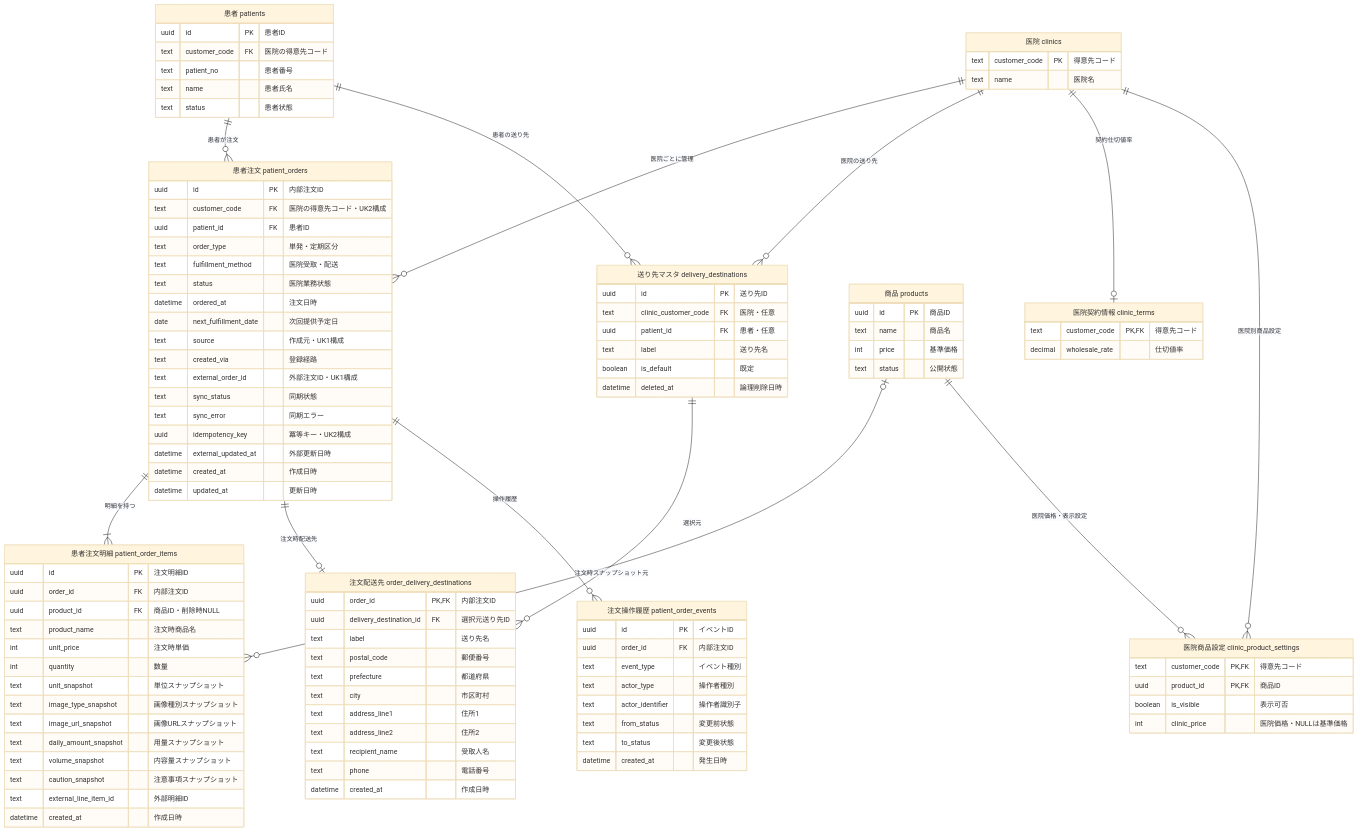
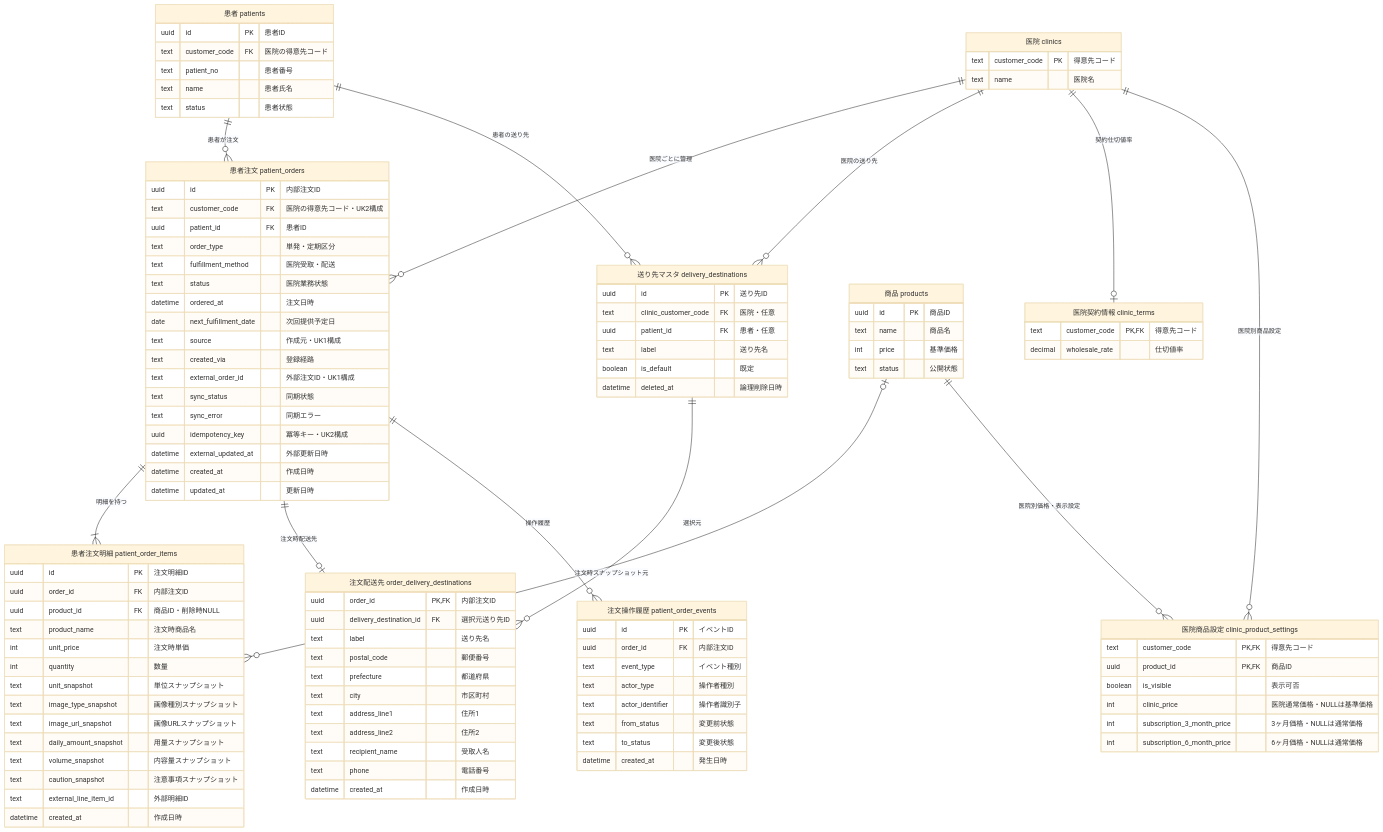
Before and after one commit to masashi-sketch/dental-portal: the third of 4 diagrams in project_clinic_order_management_design.md, drawn with Mermaid (base theme). The commit also changed other lines of this file and 30 other files, not shown here.

Commit message:
feat: add clinic subscription pricing

```diff
--- a/project_clinic_order_management_design.md
+++ b/project_clinic_order_management_design.md
@@ -294,7 +295,7 @@
   PRODUCTS o|--o{ PATIENT_ORDER_ITEMS : "注文時スナップショット元"
   CLINICS ||--o| CLINIC_TERMS : "契約仕切値率"
   CLINICS ||--o{ CLINIC_PRODUCT_SETTINGS : "医院別商品設定"
-  PRODUCTS ||--o{ CLINIC_PRODUCT_SETTINGS : "医院価格・表示設定"
+  PRODUCTS ||--o{ CLINIC_PRODUCT_SETTINGS : "医院別価格・表示設定"
 
   CLINICS["医院 clinics"] {
     text customer_code PK "得意先コード"
@@ -362,7 +363,9 @@
     text customer_code PK,FK "得意先コード"
     uuid product_id PK,FK "商品ID"
     boolean is_visible "表示可否"
-    int clinic_price "医院価格・NULLは基準価格"
+    int clinic_price "医院通常価格・NULLは基準価格"
+    int subscription_3_month_price "3ヶ月価格・NULLは通常価格"
+    int subscription_6_month_price "6ヶ月価格・NULLは通常価格"
   }
 
   DELIVERY_DESTINATIONS["送り先マスタ delivery_destinations"] {
```
